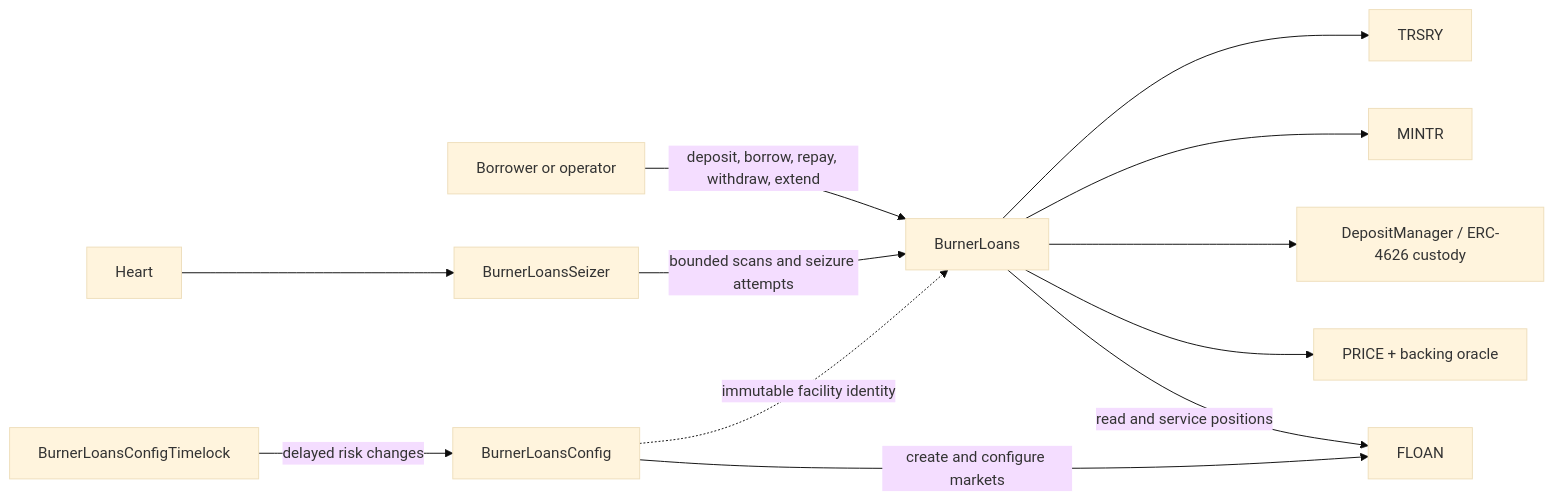
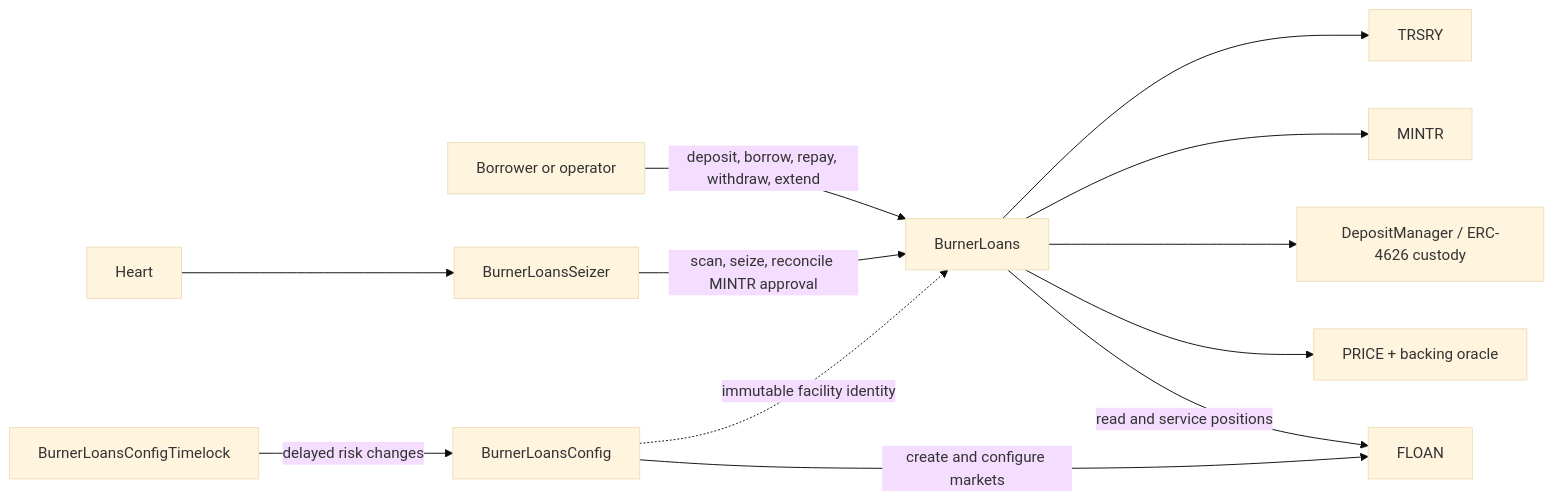
One commit to OlympusDAO/olympus-v3 changed the first of 3 diagrams in documentation/burner_loans.md. Above: the diagram before and after it, drawn with Mermaid (base theme). The commit also changed other lines of this file and 24 other files, not shown here.

````diff
--- a/documentation/burner_loans.md
+++ b/documentation/burner_loans.md
@@ -15,14 +15,14 @@
 ```mermaid
 flowchart LR
     USER["Borrower or operator"] -->|"deposit, borrow, repay, withdraw, extend"| BL["BurnerLoans"]
     CONFIG["BurnerLoansConfig"] -->|"create and configure markets"| FLOAN["FLOAN"]
     CONFIG -.->|"immutable facility identity"| BL
     TIMELOCK["BurnerLoansConfigTimelock"] -->|"delayed risk changes"| CONFIG
     BL -->|"read and service positions"| FLOAN
     BL --> PRICE["PRICE + backing oracle"]
     BL --> DM["DepositManager / ERC-4626 custody"]
     BL --> MINTR["MINTR"]
     BL --> TRSRY["TRSRY"]
     HEART["Heart"] --> SEIZER["BurnerLoansSeizer"]
-    SEIZER -->|"bounded scans and seizure attempts"| BL
+    SEIZER -->|"scan, seize, reconcile MINTR approval"| BL
 ```
````
